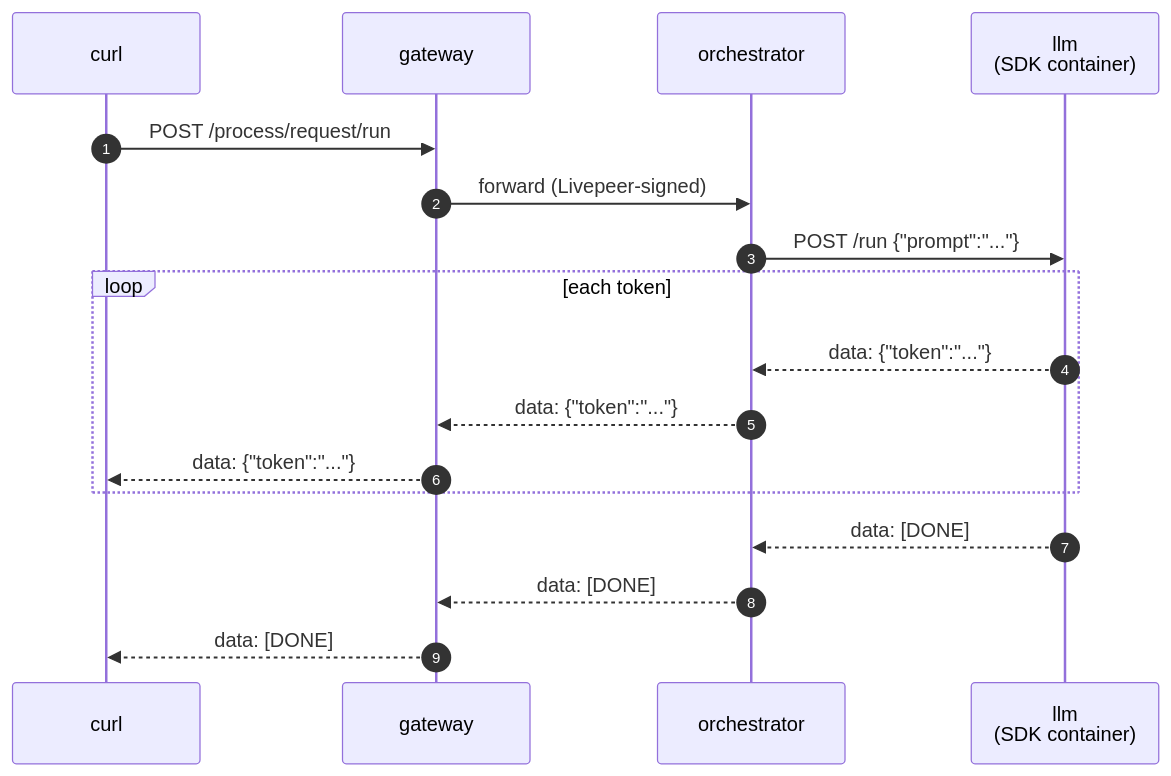
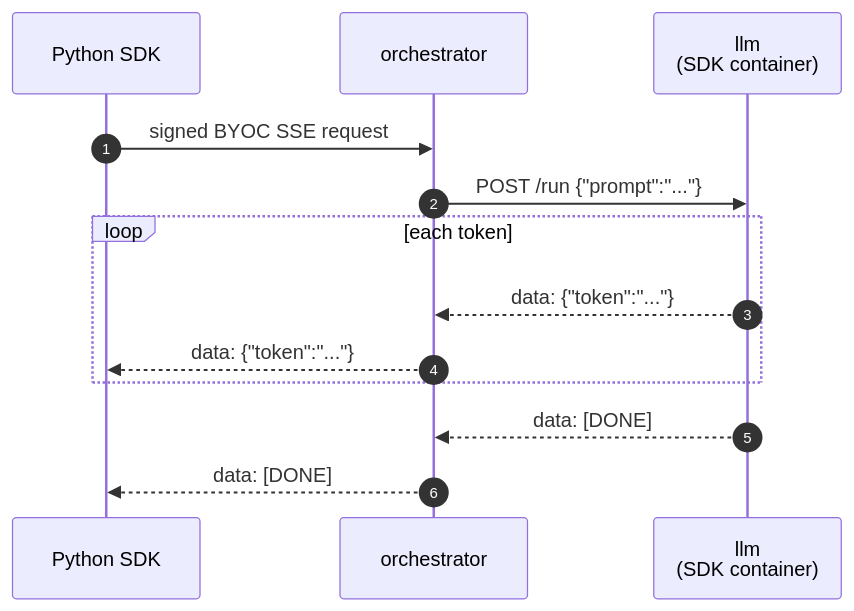
The diagram in examples/runner/llm/README.md (eliteprox/python-gateway), drawn with Mermaid before and after one commit. The commit also changed other lines of this file and 39 other files, not shown here.

First line of the commit message:
feat(examples): migrate BYOC examples to Python SDK for capability registration

````diff
--- a/examples/runner/llm/README.md
+++ b/examples/runner/llm/README.md
@@ -44,20 +47,16 @@
 ```mermaid
 sequenceDiagram
     autonumber
-    participant curl
-    participant gateway
+    participant sdk as Python SDK
     participant orchestrator
     participant llm as llm<br/>(SDK container)
 
-    curl->>gateway: POST /process/request/run
-    gateway->>orchestrator: forward (Livepeer-signed)
+    sdk->>orchestrator: signed BYOC SSE request
     orchestrator->>llm: POST /run {"prompt":"..."}
     loop each token
         llm-->>orchestrator: data: {"token":"..."}
-        orchestrator-->>gateway: data: {"token":"..."}
-        gateway-->>curl: data: {"token":"..."}
+        orchestrator-->>sdk: data: {"token":"..."}
     end
     llm-->>orchestrator: data: [DONE]
-    orchestrator-->>gateway: data: [DONE]
-    gateway-->>curl: data: [DONE]
+    orchestrator-->>sdk: data: [DONE]
 ```
````
